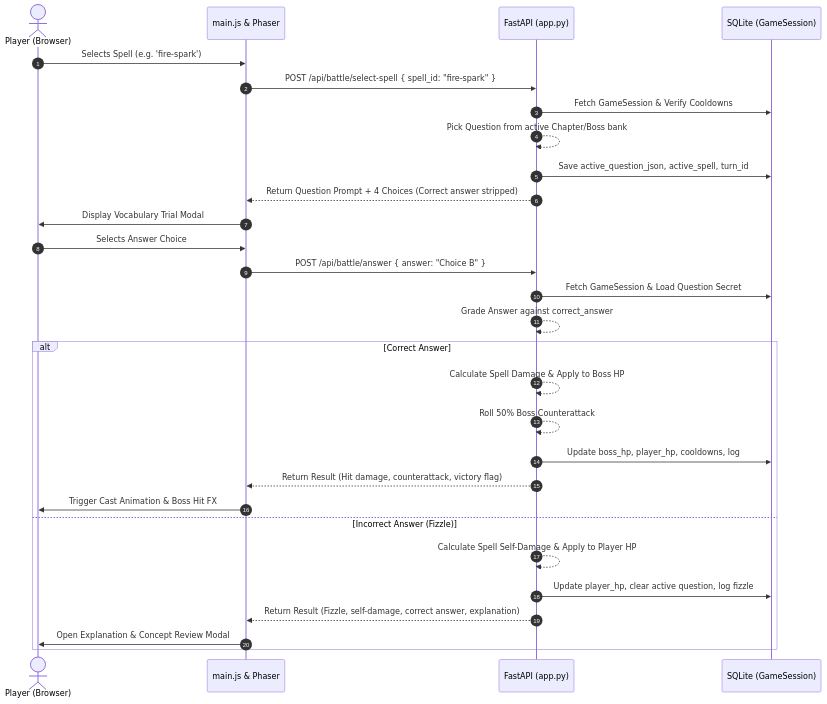
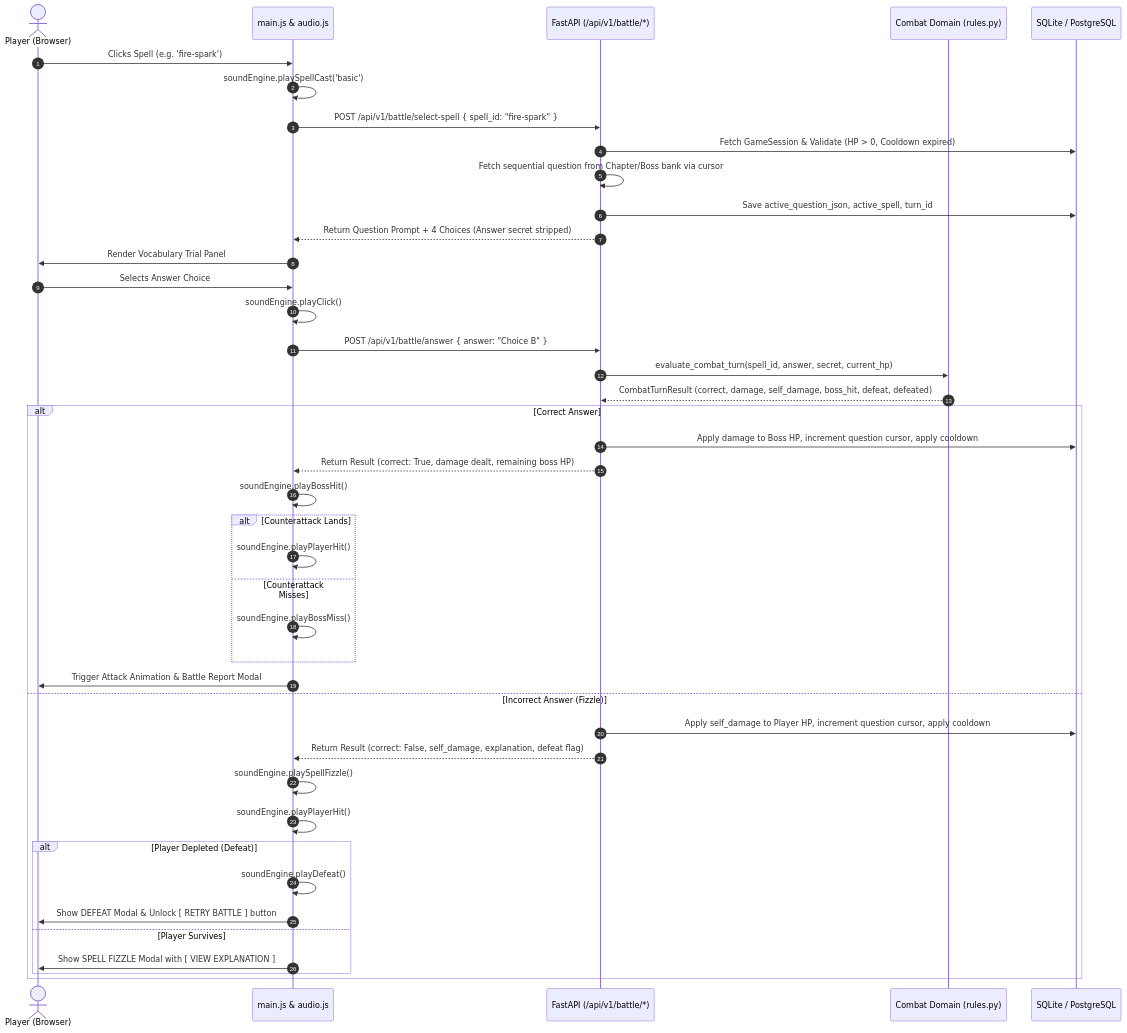
Before and after one commit to DKxi/OrganicBattlesProductionUpgrade: the fourth of 4 diagrams in README.md, drawn with Mermaid. The commit also changed other lines of this file and 51 other files, not shown here.

Commit message:
Upgrade to Organic Battles V4P: modular architecture, audio engine, boss strategy validation, and admin credentials management

````diff
--- a/README.md
+++ b/README.md
@@ -102,34 +207,47 @@
 ```mermaid
 sequenceDiagram
     autonumber
     actor Player as Player (Browser)
-    participant UI as main.js & Phaser
-    participant API as FastAPI (app.py)
-    participant DB as SQLite (GameSession)
+    participant UI as main.js & audio.js
+    participant API as FastAPI (/api/v1/battle/*)
+    participant Domain as Combat Domain (rules.py)
+    participant DB as SQLite / PostgreSQL
 
-    Player->>UI: Selects Spell (e.g. 'fire-spark')
-    UI->>API: POST /api/battle/select-spell { spell_id: "fire-spark" }
-    API->>DB: Fetch GameSession & Verify Cooldowns
-    API-->>API: Pick Question from active Chapter/Boss bank
+    Player->>UI: Clicks Spell (e.g. 'fire-spark')
+    UI->>UI: soundEngine.playSpellCast('basic')
+    UI->>API: POST /api/v1/battle/select-spell { spell_id: "fire-spark" }
+    API->>DB: Fetch GameSession & Validate (HP > 0, Cooldown expired)
+    API->>API: Fetch sequential question from Chapter/Boss bank via cursor
     API->>DB: Save active_question_json, active_spell, turn_id
-    API-->>UI: Return Question Prompt + 4 Choices (Correct answer stripped)
-    UI->>Player: Display Vocabulary Trial Modal
+    API-->>UI: Return Question Prompt + 4 Choices (Answer secret stripped)
+    UI->>Player: Render Vocabulary Trial Panel
 
     Player->>UI: Selects Answer Choice
-    UI->>API: POST /api/battle/answer { answer: "Choice B" }
-    API->>DB: Fetch GameSession & Load Question Secret
-    API-->>API: Grade Answer against correct_answer
+    UI->>UI: soundEngine.playClick()
+    UI->>API: POST /api/v1/battle/answer { answer: "Choice B" }
+    API->>Domain: evaluate_combat_turn(spell_id, answer, secret, current_hp)
+    Domain-->>API: CombatTurnResult (correct, damage, self_damage, boss_hit, defeat, defeated)
 
     alt Correct Answer
-        API-->>API: Calculate Spell Damage & Apply to Boss HP
-        API-->>API: Roll 50% Boss Counterattack
-        API->>DB: Update boss_hp, player_hp, cooldowns, log
-        API-->>UI: Return Result (Hit damage, counterattack, victory flag)
-        UI->>Player: Trigger Cast Animation & Boss Hit FX
+        API->>DB: Apply damage to Boss HP, increment question cursor, apply cooldown
+        API-->>UI: Return Result (correct: True, damage dealt, remaining boss HP)
+        UI->>UI: soundEngine.playBossHit()
+        alt Counterattack Lands
+            UI->>UI: soundEngine.playPlayerHit()
+        else Counterattack Misses
+            UI->>UI: soundEngine.playBossMiss()
+        end
+        UI->>Player: Trigger Attack Animation & Battle Report Modal
     else Incorrect Answer (Fizzle)
-        API-->>API: Calculate Spell Self-Damage & Apply to Player HP
-        API->>DB: Update player_hp, clear active question, log fizzle
-        API-->>UI: Return Result (Fizzle, self-damage, correct answer, explanation)
-        UI->>Player: Open Explanation & Concept Review Modal
+        API->>DB: Apply self_damage to Player HP, increment question cursor, apply cooldown
+        API-->>UI: Return Result (correct: False, self_damage, explanation, defeat flag)
+        UI->>UI: soundEngine.playSpellFizzle()
+        UI->>UI: soundEngine.playPlayerHit()
+        alt Player Depleted (Defeat)
+            UI->>UI: soundEngine.playDefeat()
+            UI->>Player: Show DEFEAT Modal & Unlock [ RETRY BATTLE ] button
+        else Player Survives
+            UI->>Player: Show SPELL FIZZLE Modal with [ VIEW EXPLANATION ]
+        end
     end
 ```
````
